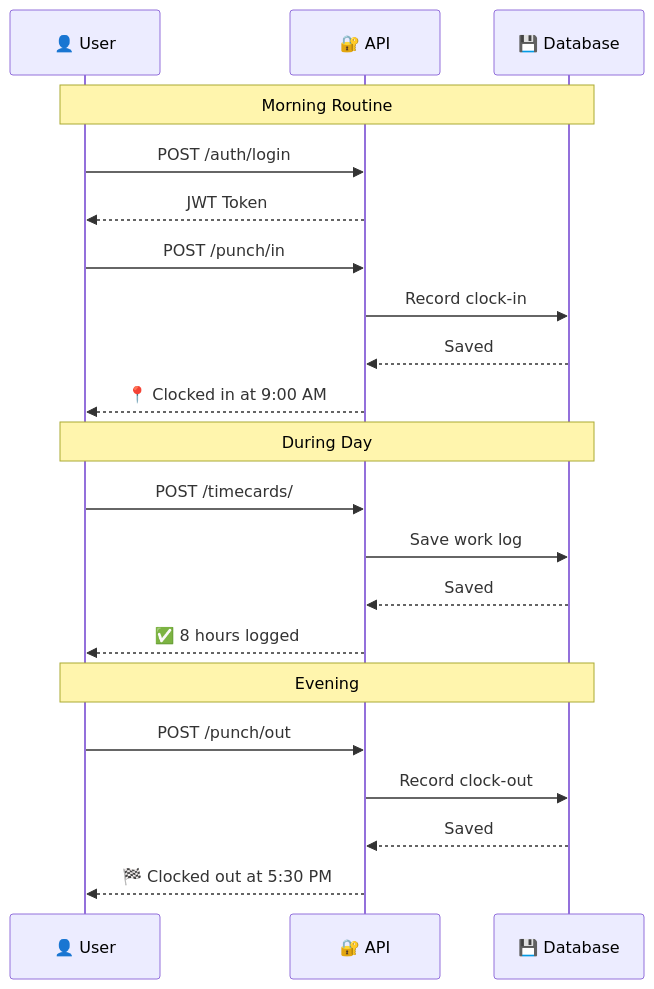
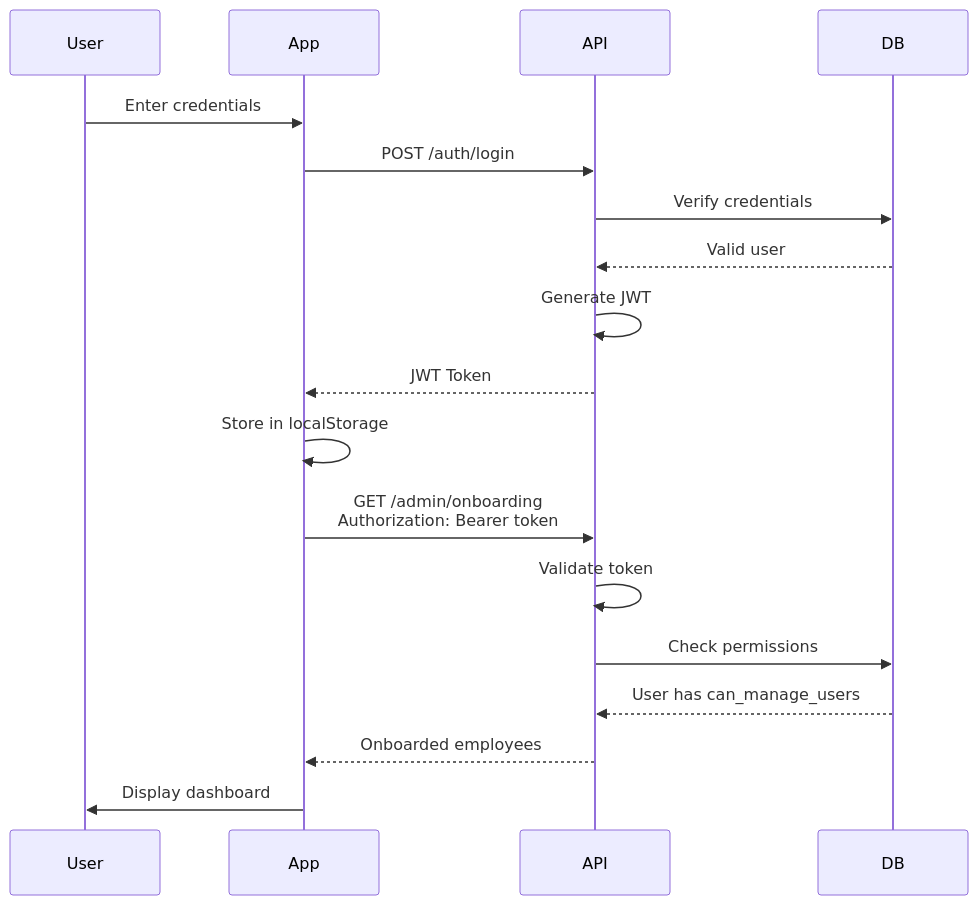
Before and after one commit to saisandeepramavath/PayrollMan: the fourth of 5 diagrams in README.md, drawn with Mermaid. The commit also changed other lines of this file and 52 other files, not shown here.

Commit message:
docs: consolidate to single README with architecture diagrams

````diff
--- a/README.md
+++ b/README.md
@@ -209,27 +330,21 @@
 ```mermaid
 sequenceDiagram
-    participant U as 👤 User
-    participant API as 🔐 API
-    participant DB as 💾 Database
+    participant User
+    participant App
+    participant API
+    participant DB
     
-    Note over U,DB: Morning Routine
-    U->>API: POST /auth/login
-    API-->>U: JWT Token
-    
-    U->>API: POST /punch/in
-    API->>DB: Record clock-in
-    DB-->>API: Saved
-    API-->>U: 📍 Clocked in at 9:00 AM
-    
-    Note over U,DB: During Day
-    U->>API: POST /timecards/
-    API->>DB: Save work log
-    DB-->>API: Saved
-    API-->>U: ✅ 8 hours logged
-    
-    Note over U,DB: Evening
-    U->>API: POST /punch/out
-    API->>DB: Record clock-out
-    DB-->>API: Saved
-    API-->>U: 🏁 Clocked out at 5:30 PM
+    User->>App: Enter credentials
+    App->>API: POST /auth/login
+    API->>DB: Verify credentials
+    DB-->>API: Valid user
+    API->>API: Generate JWT
+    API-->>App: JWT Token
+    App->>App: Store in localStorage
+    App->>API: GET /admin/onboarding<br/>Authorization: Bearer token
+    API->>API: Validate token
+    API->>DB: Check permissions
+    DB-->>API: User has can_manage_users
+    API-->>App: Onboarded employees
+    App->>User: Display dashboard
 ```
````
